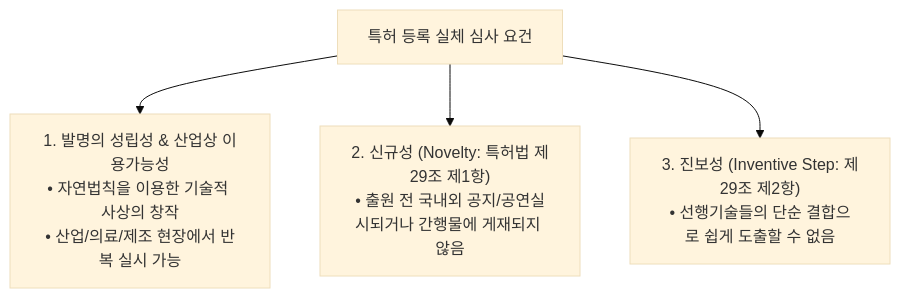
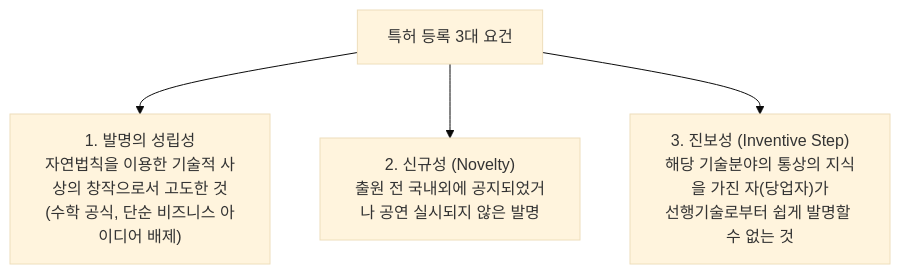
The diagram in ComputerScience/07_professional-humanities/intellectual-property/notes/03. 특허법과 명세서·청구범위 해석.md (umyunsang/edu), drawn with Mermaid (base theme) before and after one commit. The commit also changed other lines of this file and 19 other files, not shown here.

````diff
--- a/ComputerScience/07_professional-humanities/intellectual-property/notes/03. 특허법과 명세서·청구범위 해석.md
+++ b/ComputerScience/07_professional-humanities/intellectual-property/notes/03. 특허법과 명세서·청구범위 해석.md
@@ -34,7 +32,7 @@
 ```mermaid
 flowchart TD
-    PAT["특허 등록 실체 심사 요건"]
-    PAT --> C1["1. 발명의 성립성 & 산업상 이용가능성<br/>• 자연법칙을 이용한 기술적 사상의 창작<br/>• 산업/의료/제조 현장에서 반복 실시 가능"]
-    PAT --> C2["2. 신규성 (Novelty: 특허법 제29조 제1항)<br/>• 출원 전 국내외 공지/공연실시되거나 간행물에 게재되지 않음"]
-    PAT --> C3["3. 진보성 (Inventive Step: 제29조 제2항)<br/>• 선행기술들의 단순 결합으로 쉽게 도출할 수 없음"]
+    PAT["특허 등록 3대 요건"]
+    PAT --> ELIG["1. 발명의 성립성<br/>자연법칙을 이용한 기술적 사상의 창작으로서 고도한 것<br/>(수학 공식, 단순 비즈니스 아이디어 배제)"]
+    PAT --> NOV["2. 신규성 (Novelty)<br/>출원 전 국내외에 공지되었거나 공연 실시되지 않은 발명"]
+    PAT --> INV["3. 진보성 (Inventive Step)<br/>해당 기술분야의 통상의 지식을 가진 자(당업자)가<br/>선행기술로부터 쉽게 발명할 수 없는 것"]
 ```
````
